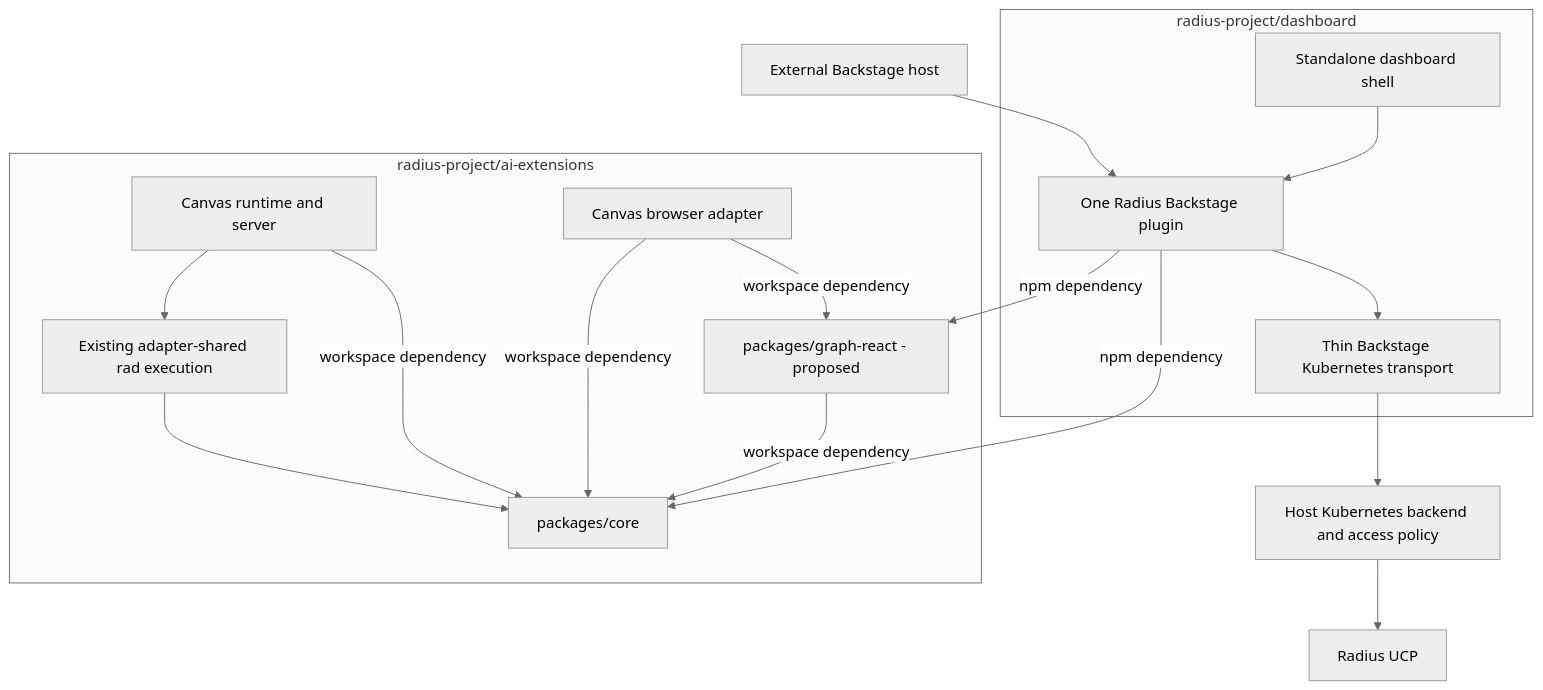
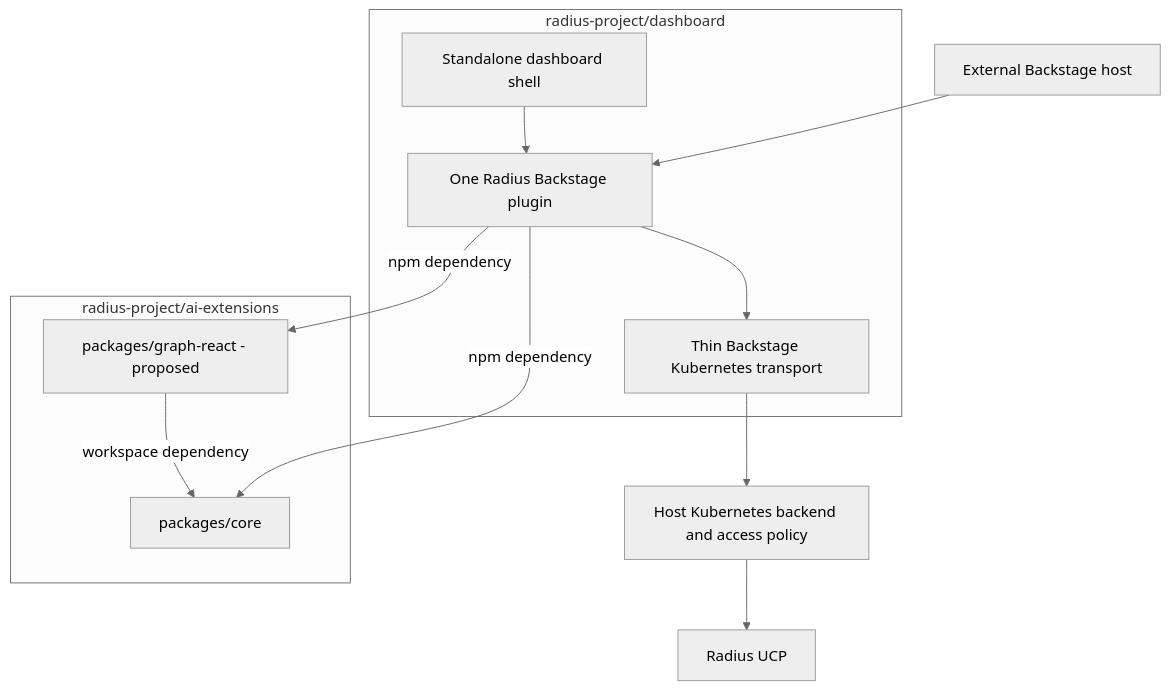
One commit to radius-project/dashboard changed the diagram in docs/design/2026-09-radius-backstage-plugin.md. Above: the diagram before and after it, drawn with Mermaid (neutral theme). The commit also changed other lines of this file and 1 other file, not shown here.

First line of the commit message:
docs: limit Backstage plans to shared graph libraries

````diff
--- a/docs/design/2026-09-radius-backstage-plugin.md
+++ b/docs/design/2026-09-radius-backstage-plugin.md
@@ -147,28 +146,20 @@
 ```mermaid
 flowchart TD
     subgraph DashboardRepo["radius-project/dashboard"]
         Standalone["Standalone dashboard shell"]
         Plugin["One Radius Backstage plugin"]
         Transport["Thin Backstage Kubernetes transport"]
     end
     subgraph SharedRepo["radius-project/ai-extensions"]
         ReactUI["packages/graph-react - proposed"]
         Core["packages/core"]
-        Canvas["Canvas browser adapter"]
-        CanvasServer["Canvas runtime and server"]
-        Node["Existing adapter-shared rad execution"]
     end
     Standalone --> Plugin
     Host["External Backstage host"] --> Plugin
     Plugin -->|npm dependency| ReactUI
     Plugin -->|npm dependency| Core
     Plugin --> Transport
     Transport --> Kube["Host Kubernetes backend and access policy"]
     Kube --> UCP["Radius UCP"]
     ReactUI -->|workspace dependency| Core
-    Canvas -->|workspace dependency| ReactUI
-    Canvas -->|workspace dependency| Core
-    CanvasServer -->|workspace dependency| Core
-    CanvasServer --> Node
-    Node --> Core
 ```
````
